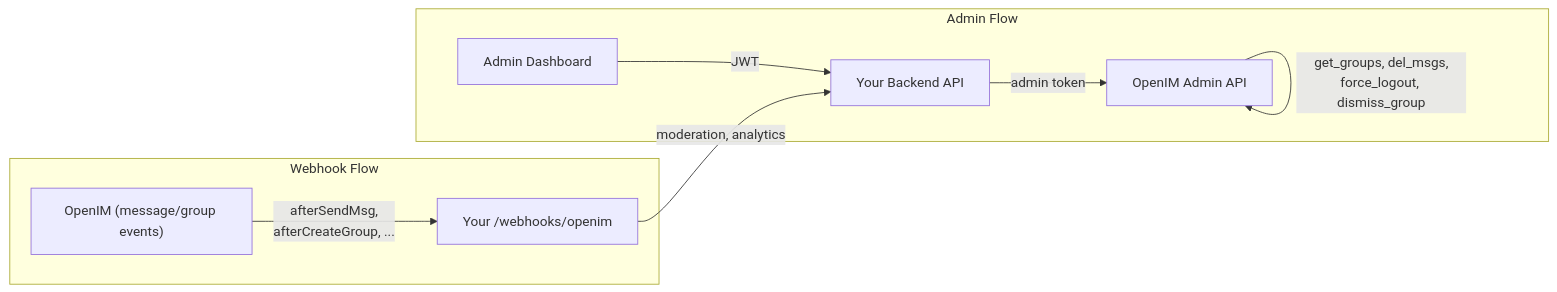
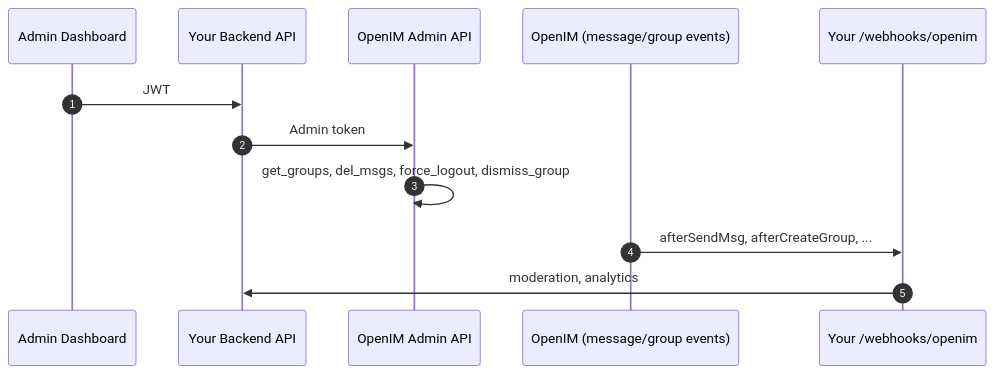
The fourth of 4 diagrams in diagram/openim-integration-flow.md (adamreaksmey/messenger-app-open-im-doc), drawn with Mermaid before and after one commit. The commit also changed other lines of this file and 4 other files, not shown here.

````diff
--- a/diagram/openim-integration-flow.md
+++ b/diagram/openim-integration-flow.md
@@ -110,20 +109,19 @@
 ```mermaid
-flowchart LR
-    subgraph admin_flow["Admin Flow"]
-        AdminUI["Admin Dashboard"]
-        YourAPI["Your Backend API"]
-        OpenIMAdmin["OpenIM Admin API"]
-    end
+sequenceDiagram
+    autonumber
+    %% Participants
+    participant AdminUI as Admin Dashboard
+    participant YourAPI as Your Backend API
+    participant OpenIMAdmin as OpenIM Admin API
+    participant OpenIMCore as OpenIM (message/group events)
+    participant Webhook as Your /webhooks/openim
 
-    subgraph webhook_flow["Webhook Flow"]
-        OpenIMCore["OpenIM (message/group events)"]
-        Webhook["Your /webhooks/openim"]
-    end
+    %% Admin flow
+    AdminUI->>YourAPI: JWT
+    YourAPI->>OpenIMAdmin: Admin token
+    OpenIMAdmin->>OpenIMAdmin: get_groups, del_msgs, force_logout, dismiss_group
 
-    AdminUI -->|"JWT"| YourAPI
-    YourAPI -->|"admin token"| OpenIMAdmin
-    OpenIMAdmin -->|"get_groups, del_msgs,\nforce_logout, dismiss_group"| OpenIMAdmin
-
-    OpenIMCore -->|"afterSendMsg,\nafterCreateGroup, ..."| Webhook
-    Webhook -->|"moderation, analytics"| YourAPI
+    %% Webhook flow
+    OpenIMCore->>Webhook: afterSendMsg, afterCreateGroup, ...
+    Webhook->>YourAPI: moderation, analytics
 ```
````
